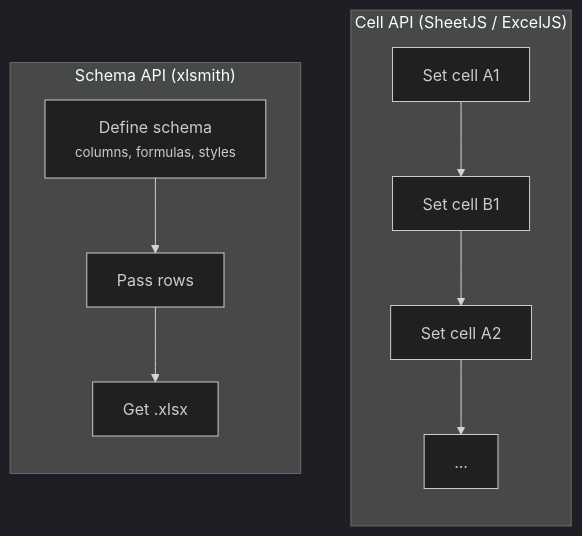
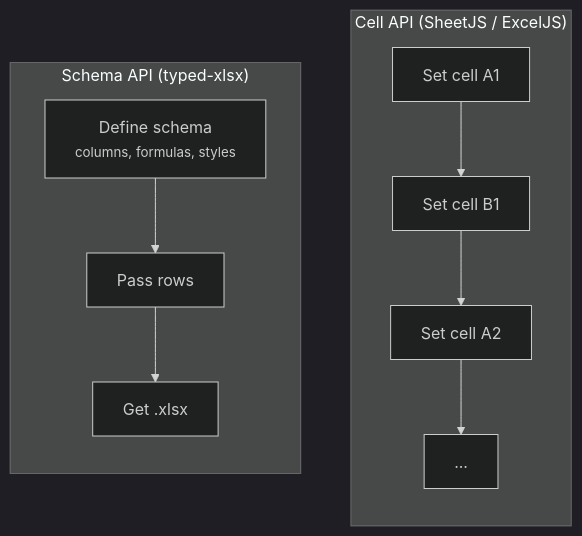
The diagram in apps/docs/content/01.getting-started/4.comparison.md (ChronicStone/typed-xlsx), drawn with Mermaid (dark theme) before and after one commit. The commit also changed other lines of this file and 104 other files, not shown here.

Commit message:
fix(release): restore typed-xlsx package identity

````diff
--- a/apps/docs/content/01.getting-started/4.comparison.md
+++ b/apps/docs/content/01.getting-started/4.comparison.md
@@ -37,15 +66,15 @@
 ```mermaid
 flowchart TB
   subgraph cell["Cell API (SheetJS / ExcelJS)"]
     direction TB
     C1["Set cell A1"] --> C2["Set cell B1"] --> C3["Set cell A2"] --> C4["..."]
   end
 
-  subgraph schema["Schema API (xlsmith)"]
+  subgraph schema["Schema API (typed-xlsx)"]
     direction TB
     S1["Define schema<br/><small>columns, formulas, styles</small>"]
     S2["Pass rows"]
     S3["Get .xlsx"]
     S1 --> S2 --> S3
   end
 ```
````
